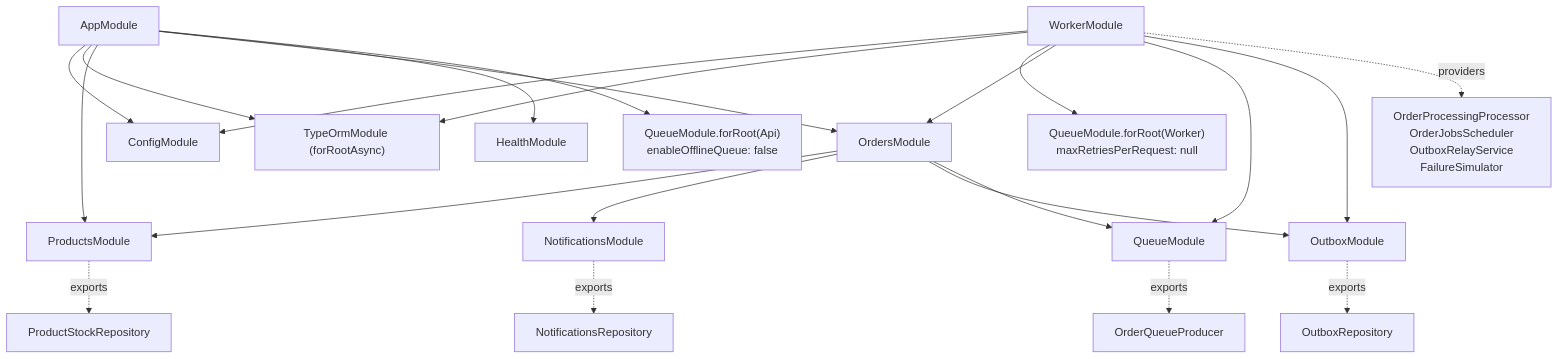
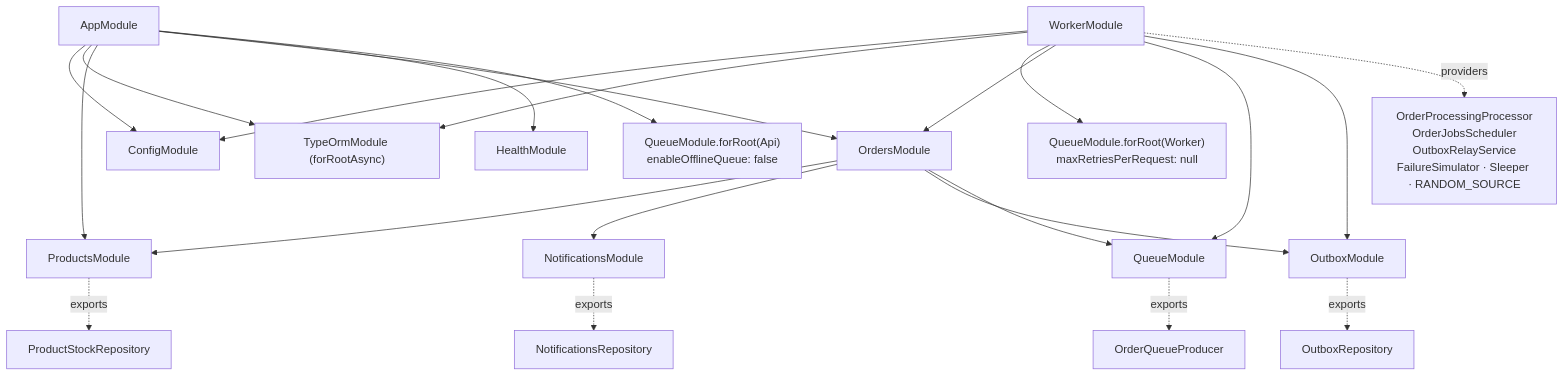
One commit to hcmus-phat/hemidi-test changed the second of 3 diagrams in docs/02-architecture.md. Above: the diagram before and after it, drawn with Mermaid. The commit also changed other lines of this file and 11 other files, not shown here.

````diff
--- a/docs/02-architecture.md
+++ b/docs/02-architecture.md
@@ -155,26 +156,26 @@
 ```mermaid
 flowchart TD
   AppModule --> ConfigModule
   AppModule --> DatabaseModule["TypeOrmModule (forRootAsync)"]
   AppModule --> ProductsModule
   AppModule --> OrdersModule
   AppModule --> HealthModule
   AppModule --> QueueRootApi["QueueModule.forRoot(Api)<br/>enableOfflineQueue: false"]
 
   WorkerModule --> ConfigModule
   WorkerModule --> DatabaseModule
   WorkerModule --> QueueRootWorker["QueueModule.forRoot(Worker)<br/>maxRetriesPerRequest: null"]
   WorkerModule --> OrdersModule
   WorkerModule --> QueueModule
   WorkerModule --> OutboxModule
-  WorkerModule -.->|"providers"| Processor["OrderProcessingProcessor<br/>OrderJobsScheduler<br/>OutboxRelayService<br/>FailureSimulator"]
+  WorkerModule -.->|"providers"| Processor["OrderProcessingProcessor<br/>OrderJobsScheduler<br/>OutboxRelayService<br/>FailureSimulator · Sleeper · RANDOM_SOURCE"]
 
   OrdersModule --> ProductsModule
   OrdersModule --> NotificationsModule
   OrdersModule --> OutboxModule
   OrdersModule --> QueueModule
   QueueModule -.->|"exports"| Producer["OrderQueueProducer"]
   ProductsModule -.->|"exports"| Stock["ProductStockRepository"]
   NotificationsModule -.->|"exports"| NotiRepo["NotificationsRepository"]
   OutboxModule -.->|"exports"| OutboxRepo["OutboxRepository"]
 ```
````
